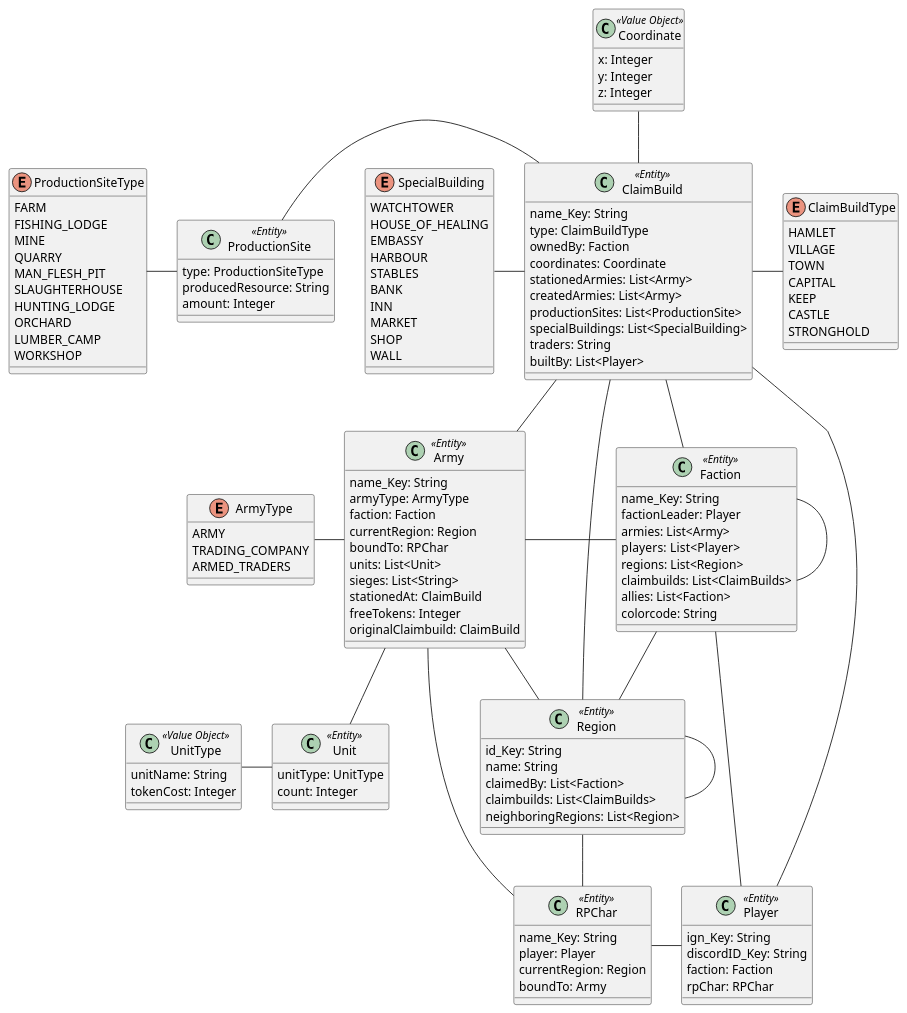
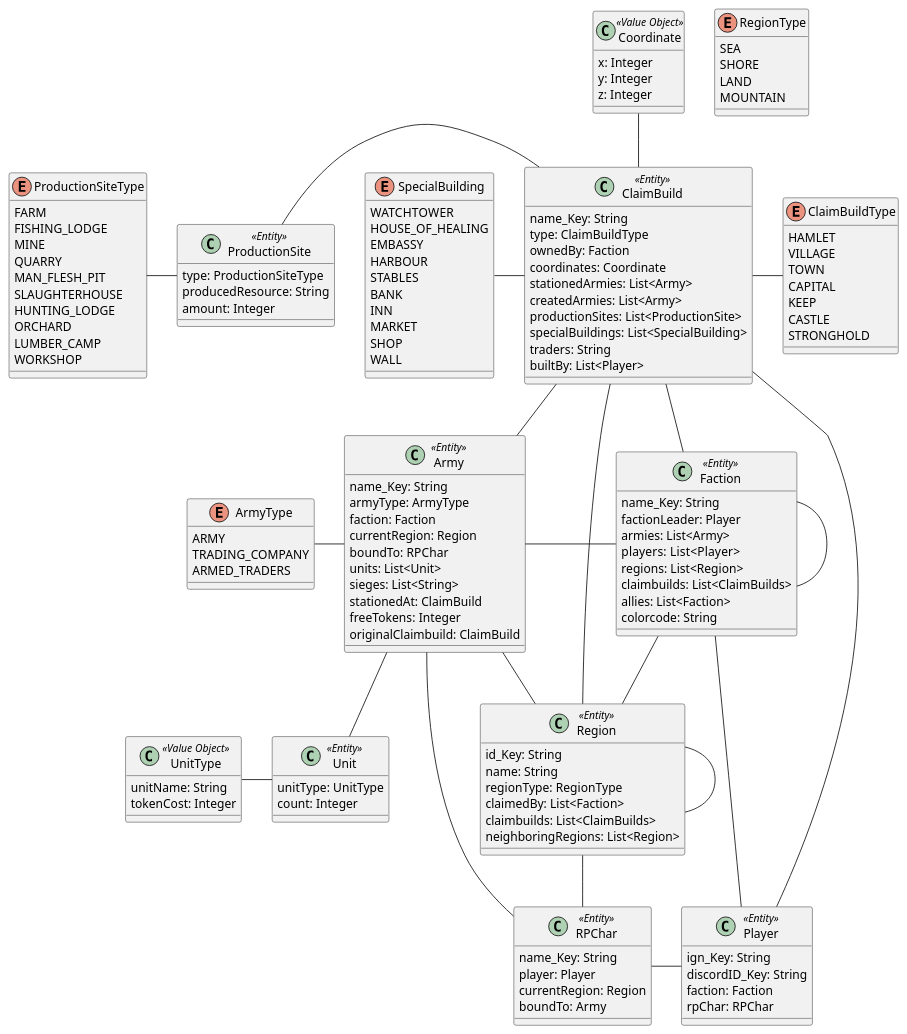
The diagram in ALRoleplaySystem/src/main/java/puml/ArdasLegendsDomain.puml (Team-KekX/Ardas-Legends-App), drawn with PlantUML before and after one commit. The commit also changed 2 other files, not shown here.

Commit message:
Add RegionType to Puml and Domain classes
	modified:   ALRoleplaySystem/src/main/java/com/ardaslegends/alroleplaysystem/domain/Region.java
	new file:   ALRoleplaySystem/src/main/java/com/ardaslegends/alroleplaysystem/domain/RegionType.java
	modified:   ALRoleplaySystem/src/main/java/puml/ArdasLegendsDomain.puml

```diff
--- a/ALRoleplaySystem/src/main/java/puml/ArdasLegendsDomain.puml
+++ b/ALRoleplaySystem/src/main/java/puml/ArdasLegendsDomain.puml
@@ -1,156 +1,164 @@
 @startuml
 class Region <<Entity>> {
     id_Key: String
     name: String
+    regionType: RegionType
     claimedBy: List<Faction>
     claimbuilds: List<ClaimBuilds>
     neighboringRegions: List<Region>
+}
+
+enum RegionType {
+    SEA
+    SHORE
+    LAND
+    MOUNTAIN
 }
 
 class ClaimBuild <<Entity>> {
     name_Key: String
     type: ClaimBuildType
     ownedBy: Faction
     coordinates: Coordinate
     stationedArmies: List<Army>
     createdArmies: List<Army>
     productionSites: List<ProductionSite>
     specialBuildings: List<SpecialBuilding>
     traders: String
     builtBy: List<Player>
 }
 
 enum ClaimBuildType {
     HAMLET
     VILLAGE
     TOWN
     CAPITAL
     KEEP
     CASTLE
     STRONGHOLD
 }
 
 class Faction <<Entity>> {
     name_Key: String
     factionLeader: Player
     armies: List<Army>
     players:  List<Player>
     regions: List<Region>
     claimbuilds: List<ClaimBuilds>
     allies: List<Faction>
     colorcode: String
 }
 
 class Player <<Entity>> {
     ign_Key: String
     discordID_Key: String
     faction: Faction
     rpChar: RPChar
 }
 
 class RPChar <<Entity>> {
     name_Key: String
     player: Player
     currentRegion: Region
     boundTo: Army
 }
 
 class Coordinate <<Value Object>> {
     x: Integer
     y: Integer
     z: Integer
 }
 
 class ProductionSite <<Entity>> {
     type: ProductionSiteType
     producedResource: String
     amount: Integer
 }
 
 enum ProductionSiteType {
     FARM
     FISHING_LODGE
     MINE
     QUARRY
     MAN_FLESH_PIT
     SLAUGHTERHOUSE
     HUNTING_LODGE
     ORCHARD
     LUMBER_CAMP
     WORKSHOP
 }
 
 enum SpecialBuilding {
     WATCHTOWER
     HOUSE_OF_HEALING
     EMBASSY
     HARBOUR
     STABLES
     BANK
     INN
     MARKET
     SHOP
     WALL
 }
 
 class Army <<Entity>> {
     name_Key: String
     armyType: ArmyType
     faction: Faction
     currentRegion: Region
     boundTo: RPChar
     units: List<Unit>
     sieges: List<String>
     stationedAt: ClaimBuild
     freeTokens: Integer
     originalClaimbuild: ClaimBuild
 }
 
 enum ArmyType {
     ARMY
     TRADING_COMPANY
     ARMED_TRADERS
 }
 
 class Unit <<Entity>> {
     unitType: UnitType
     count: Integer
 }
 
 class UnitType <<Value Object>> {
     unitName: String
     tokenCost: Integer
 }
 
 Region -  ClaimBuild
 Region - Region
 Region -down- RPChar
 
 Faction -down- Region
 Faction -right Player
 Faction -left Army
 Faction -up- ClaimBuild
 Faction - Faction
 
 ClaimBuild - Player
 ClaimBuild -right- ClaimBuildType
 ClaimBuild -up- Coordinate
 ClaimBuild - Army
 
 ProductionSite - ClaimBuild
 SpecialBuilding - ClaimBuild
 
 ProductionSite -left- ProductionSiteType
 
 
 RPChar - Player
 
 Army -down- Unit
 Army - Region
 Army - RPChar
 
 ArmyType - Army
 
 UnitType - Unit
 
 @enduml
```
